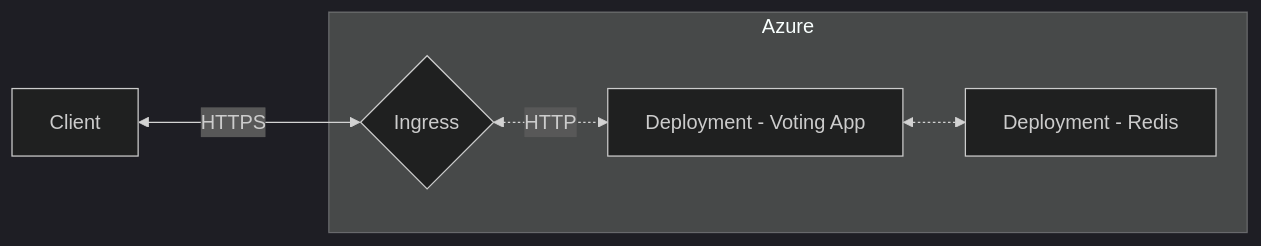
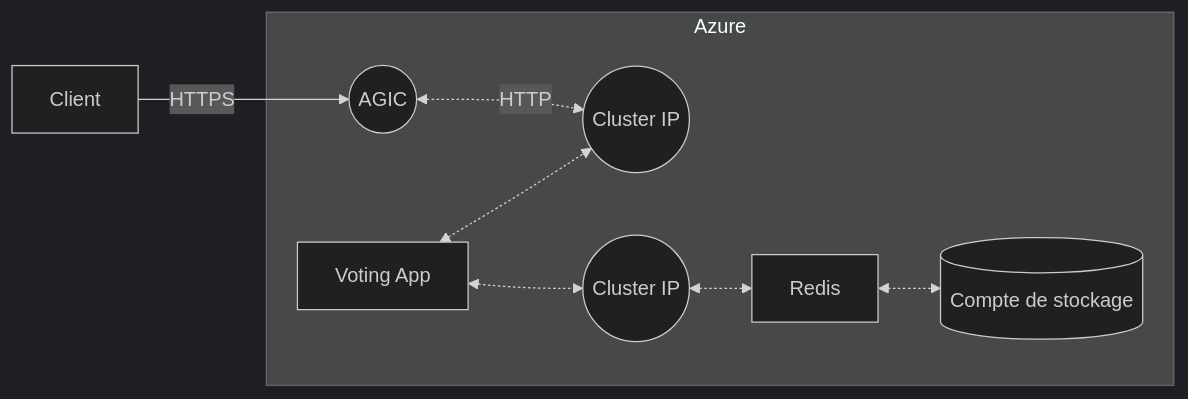
Before and after one commit to DevSoleo/simplon-brief-7: the first of 3 diagrams in README.md, drawn with Mermaid (dark theme). The commit also changed other lines of this file, not shown here.

````diff
--- a/README.md
+++ b/README.md
@@ -5,11 +6,12 @@
 ```mermaid
 flowchart LR
-    client[Client] <-- HTTPS ---> ingress{Ingress}
 
-    
+    client[Client] -- HTTPS --> ingress((AGIC))
+
     subgraph azure[Azure]
-        ingress <-. HTTP .-> voting_app
-        redis[Deployment - Redis]
-        voting_app[Deployment - Voting App] <-.-> redis
+        ingress <-. HTTP .-> service((Cluster IP))
+        voting_app <-.-> service
+        redis[Redis] <-.-> storage_account[(Compte de stockage)]
+        voting_app[Voting App] <-.-> cluster_ip((Cluster IP)) <-.-> redis
     end
 ```
````
